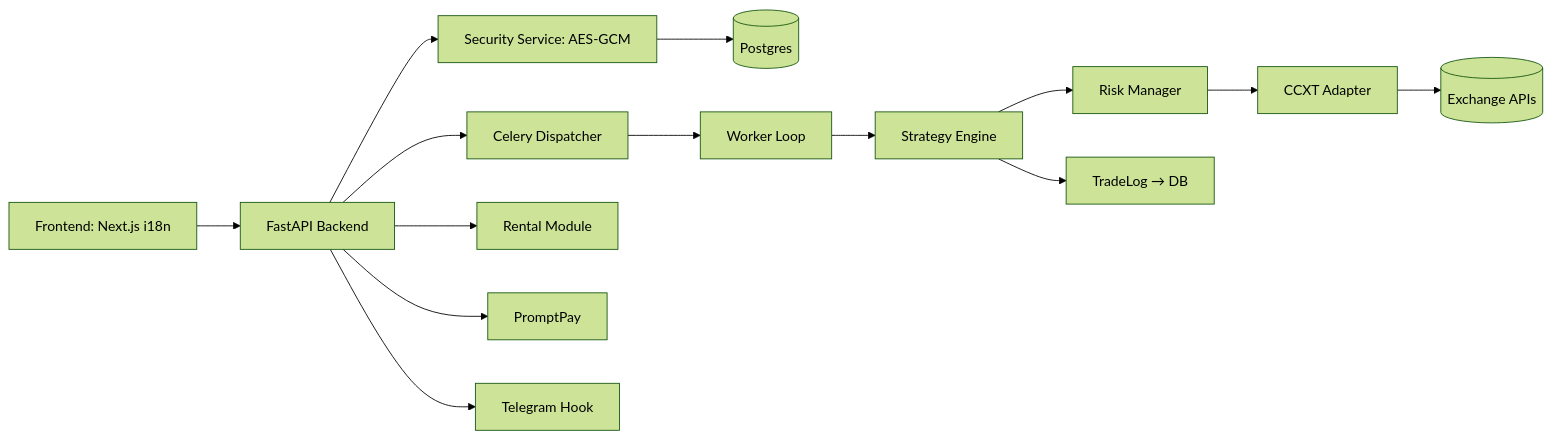
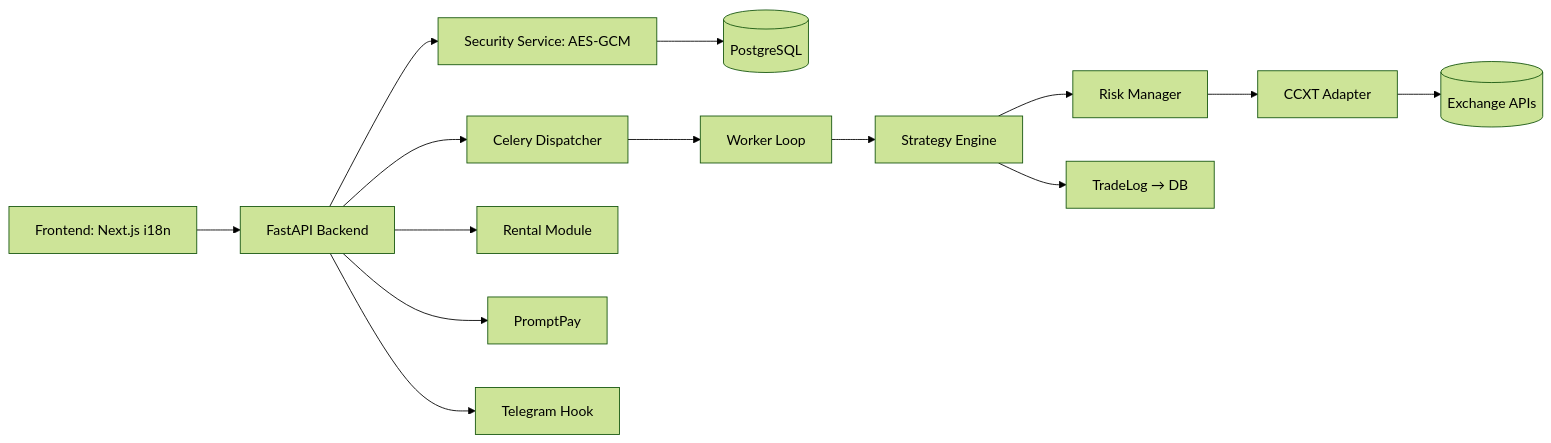
Before and after one commit to CVSz/ABTPi18n: the diagram in README.md, drawn with Mermaid (forest theme). The commit also changed other lines of this file, not shown here.

````diff
--- a/README.md
+++ b/README.md
@@ -27,16 +63,16 @@
 ```mermaid
 flowchart LR
     FE[Frontend: Next.js i18n] --> API[FastAPI Backend]
     API --> SEC[Security Service: AES-GCM]
-    SEC --> DB[(Postgres)]
+    SEC --> DB[(PostgreSQL)]
     API --> CELERY[Celery Dispatcher]
     CELERY --> WORKER[Worker Loop]
     WORKER --> STRAT[Strategy Engine]
     STRAT --> RISK[Risk Manager]
     RISK --> CCXT[CCXT Adapter]
     CCXT --> EXCH[(Exchange APIs)]
     STRAT --> LOGS[TradeLog → DB]
     API --> RENTAL[Rental Module]
     API --> PAYMENT[PromptPay]
     API --> TELE[Telegram Hook]
 ```
````
